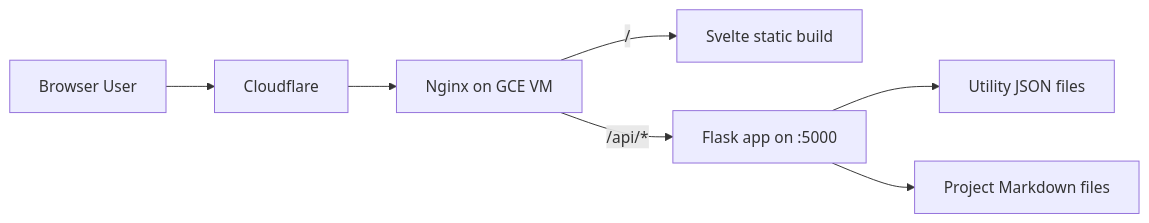
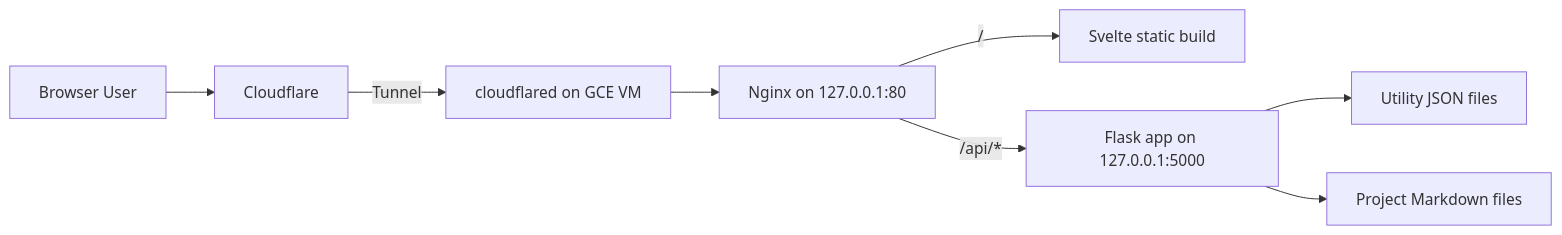
Before and after one commit to DefiantBurger/Website: the diagram in documentation/ARCHITECTURE.md, drawn with Mermaid. The commit also changed other lines of this file and 29 other files, not shown here.

Commit message:
Added test system. Fixed several bugs. Switched to cloudflared tunnel

````diff
--- a/documentation/ARCHITECTURE.md
+++ b/documentation/ARCHITECTURE.md
@@ -23,9 +23,10 @@
 ```mermaid
 flowchart LR
     User[Browser User] --> CF[Cloudflare]
-    CF --> Nginx[Nginx on GCE VM]
+    CF -->|Tunnel| CFD[cloudflared on GCE VM]
+    CFD --> Nginx[Nginx on 127.0.0.1:80]
     Nginx -->|/| FE[Svelte static build]
-    Nginx -->|/api/*| Flask[Flask app on :5000]
+    Nginx -->|/api/*| Flask[Flask app on 127.0.0.1:5000]
     Flask --> JSON[Utility JSON files]
     Flask --> MD[Project Markdown files]
 ```
````
